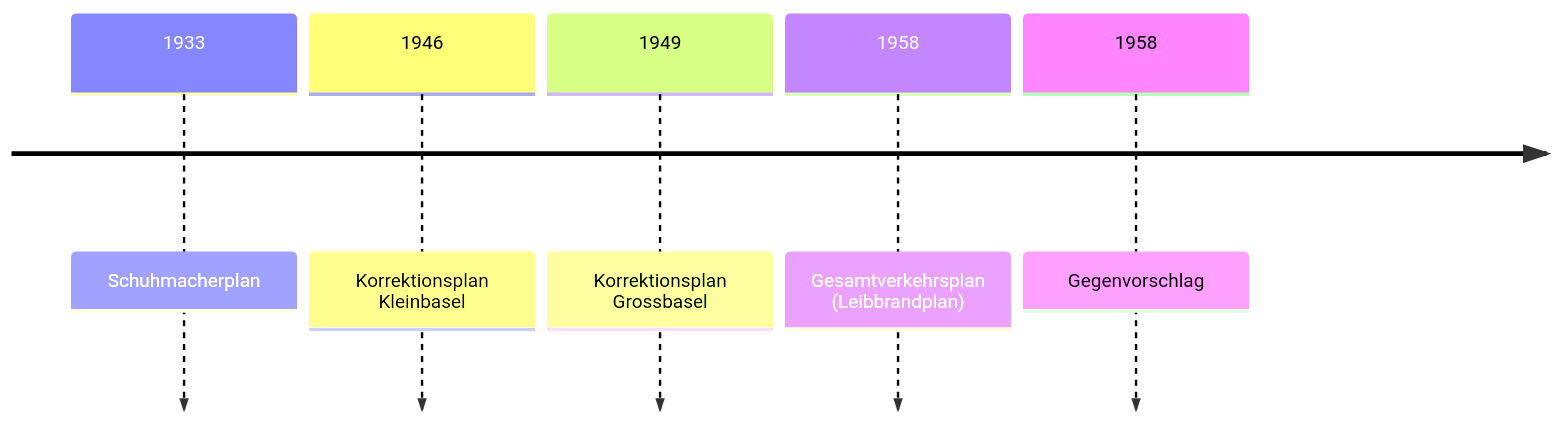
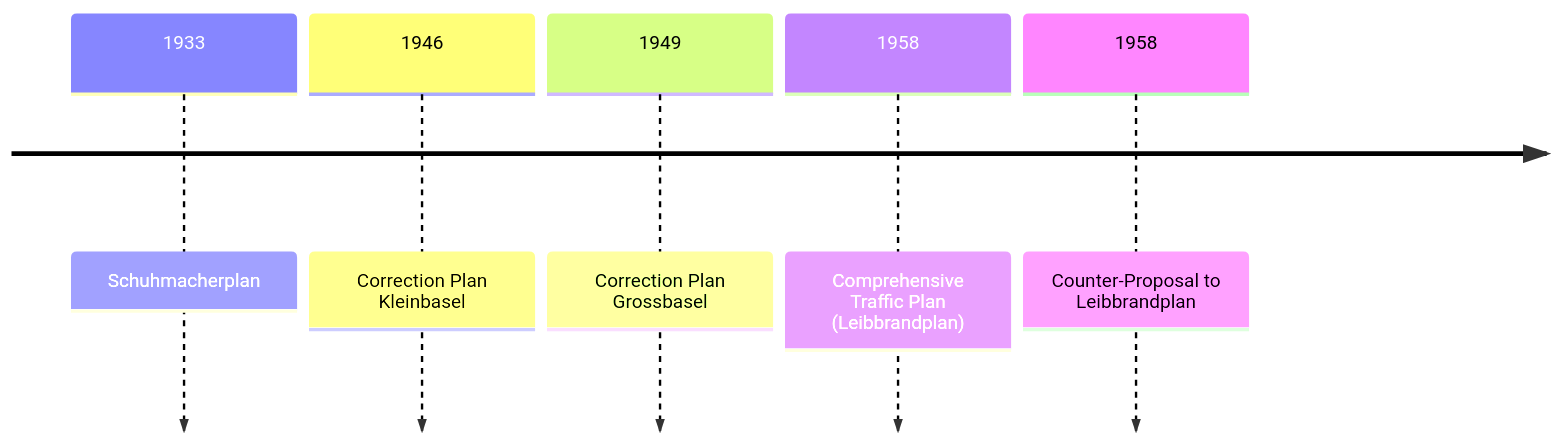
Before and after one commit to mtwente/palimpsest-bs: the first of 3 diagrams in manuscript/palimpsest-bs.qmd, drawn with Mermaid. The commit also changed other lines of this file and 1 other file, not shown here.

````diff
--- a/manuscript/palimpsest-bs.qmd
+++ b/manuscript/palimpsest-bs.qmd
@@ -181,8 +119,8 @@
-  ```{mermaid fig-timeline}
-  timeline
-    1933 : Schuhmacherplan
-    1946 : Korrektionsplan Kleinbasel
-    1949 : Korrektionsplan Grossbasel
-    1958 : Gesamtverkehrsplan (Leibbrandplan)
-    1958 : Gegenvorschlag
-  ```
+```{mermaid}
+timeline
+  1933 : Schuhmacherplan
+  1946 : Correction Plan Kleinbasel
+  1949 : Correction Plan Grossbasel
+  1958 : Comprehensive Traffic Plan (Leibbrandplan)
+  1958 : Counter-Proposal to Leibbrandplan
+```
````
